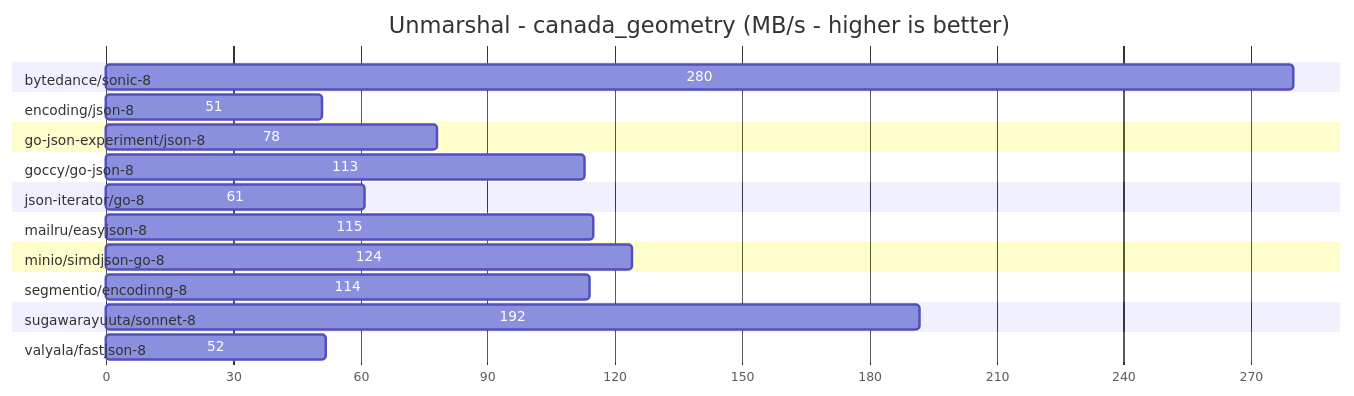
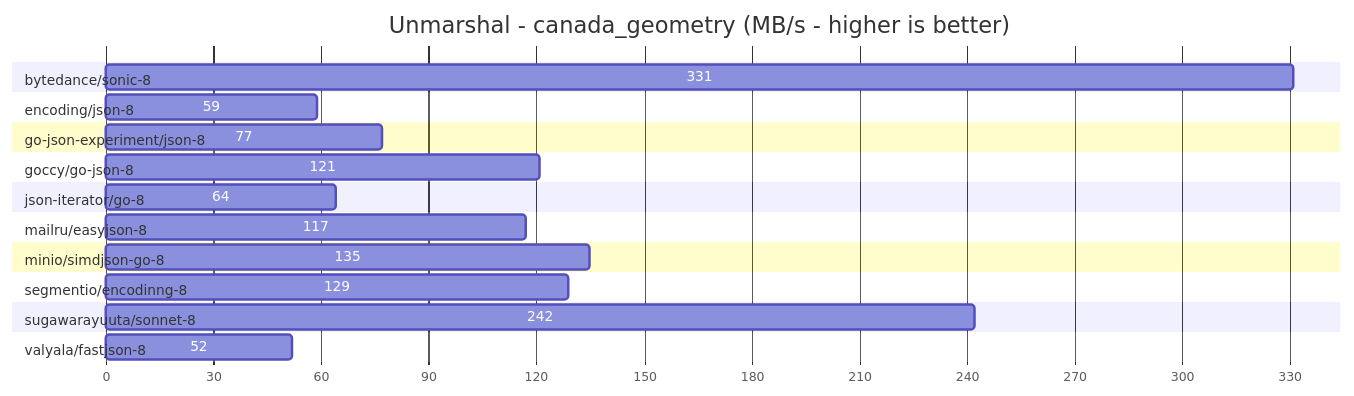
One commit to spywiree-priv/go-json-benchmark changed the seventh of 12 diagrams in README.md. Above: the diagram before and after it, drawn with Mermaid. The commit also changed other lines of this file and 2 other files, not shown here.

````diff
--- a/README.md
+++ b/README.md
@@ -157,27 +157,27 @@
 ```mermaid
 gantt
 title Unmarshal - canada_geometry (MB/s - higher is better)
 dateFormat X
 axisFormat %s
 
 section bytedance/sonic-8               
-280 :0, 280
+331 :0, 331
 section encoding/json-8                 
-51 :0, 51
+59 :0, 59
 section go-json-experiment/json-8       
-78 :0, 78
+77 :0, 77
 section goccy/go-json-8                 
-113 :0, 113
+121 :0, 121
 section json-iterator/go-8              
-61 :0, 61
+64 :0, 64
 section mailru/easyjson-8               
-115 :0, 115
+117 :0, 117
 section minio/simdjson-go-8             
-124 :0, 124
+135 :0, 135
 section segmentio/encodinng-8           
-114 :0, 114
+129 :0, 129
 section sugawarayuuta/sonnet-8          
-192 :0, 192
+242 :0, 242
 section valyala/fastjson-8              
 52 :0, 52
 ```
````
